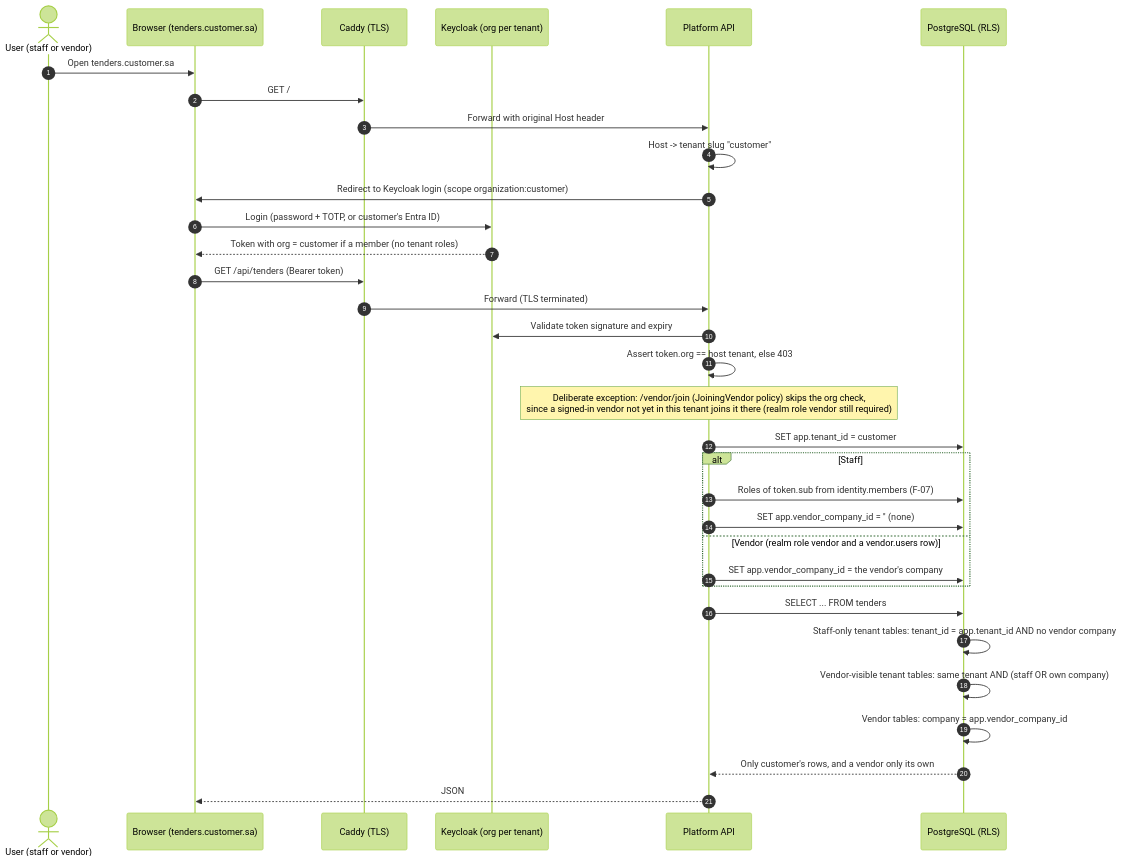
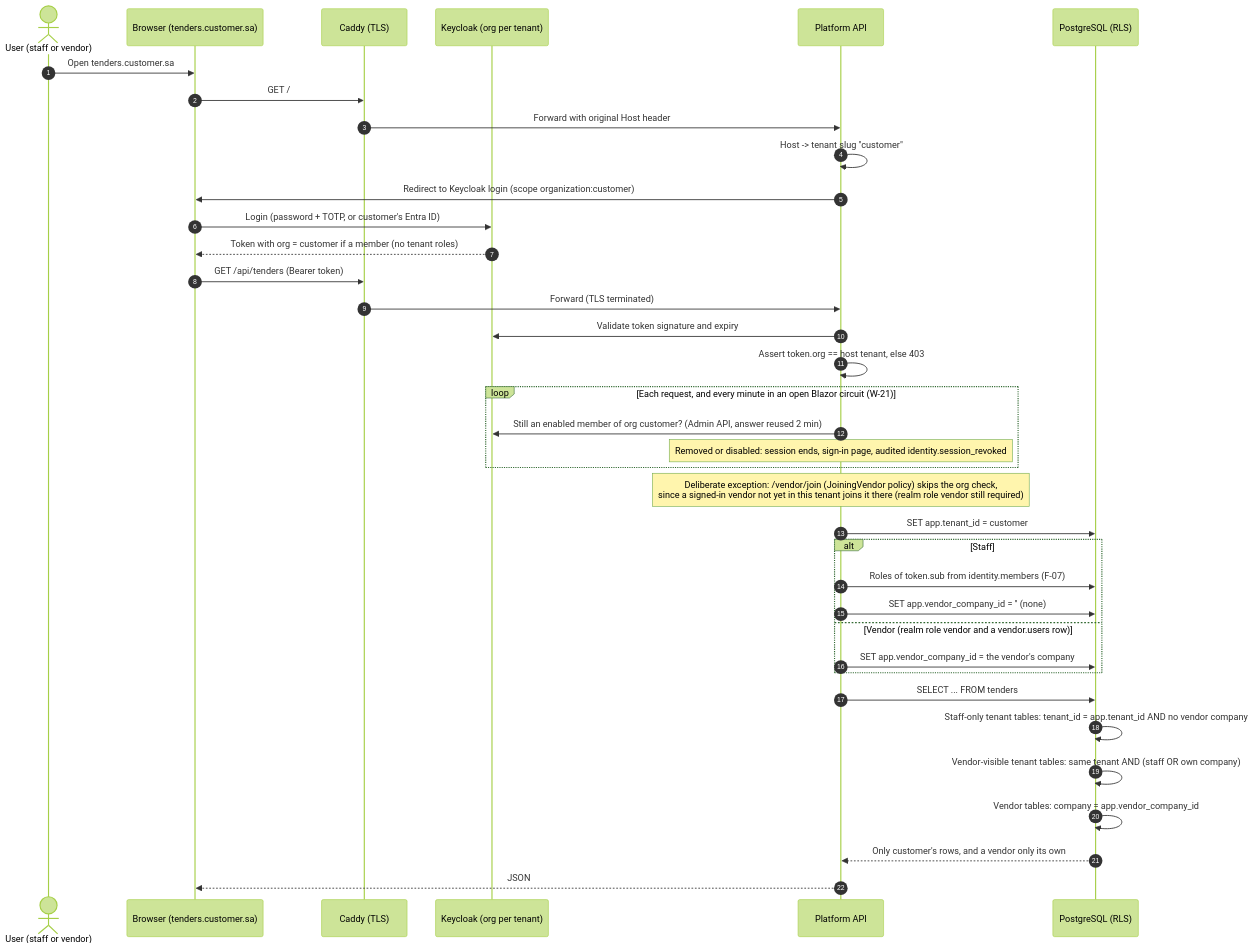
One commit to AhmedAssaf/ERP changed the fifth of 13 diagrams in docs/03-diagrams.md. Above: the diagram before and after it, drawn with Mermaid (forest theme). The commit also changed 1 other file, not shown here.

Commit message:
docs/09, docs/03: W-21 in review; membership revalidation in the tenant isolation diagram

````diff
--- a/docs/03-diagrams.md
+++ b/docs/03-diagrams.md
@@ -167,36 +167,40 @@
 ```mermaid
 sequenceDiagram
     autonumber
     actor U as User (staff or vendor)
     participant B as Browser (tenders.customer.sa)
     participant GW as Caddy (TLS)
     participant KC as Keycloak (org per tenant)
     participant API as Platform API
     participant DB as PostgreSQL (RLS)
 
     U->>B: Open tenders.customer.sa
     B->>GW: GET /
     GW->>API: Forward with original Host header
     API->>API: Host -> tenant slug "customer"
     API->>B: Redirect to Keycloak login (scope organization:customer)
     B->>KC: Login (password + TOTP, or customer's Entra ID)
     KC-->>B: Token with org = customer if a member (no tenant roles)
     B->>GW: GET /api/tenders (Bearer token)
     GW->>API: Forward (TLS terminated)
     API->>KC: Validate token signature and expiry
     API->>API: Assert token.org == host tenant, else 403
+    loop Each request, and every minute in an open Blazor circuit (W-21)
+        API->>KC: Still an enabled member of org customer? (Admin API, answer reused 2 min)
+        Note over API: Removed or disabled: session ends, sign-in page, audited identity.session_revoked
+    end
     Note over API: Deliberate exception: /vendor/join (JoiningVendor policy) skips the org check,<br/>since a signed-in vendor not yet in this tenant joins it there (realm role vendor still required)
     API->>DB: SET app.tenant_id = customer
     alt Staff
         API->>DB: Roles of token.sub from identity.members (F-07)
         API->>DB: SET app.vendor_company_id = '' (none)
     else Vendor (realm role vendor and a vendor.users row)
         API->>DB: SET app.vendor_company_id = the vendor's company
     end
     API->>DB: SELECT ... FROM tenders
     DB->>DB: Staff-only tenant tables: tenant_id = app.tenant_id AND no vendor company
     DB->>DB: Vendor-visible tenant tables: same tenant AND (staff OR own company)
     DB->>DB: Vendor tables: company = app.vendor_company_id
     DB-->>API: Only customer's rows, and a vendor only its own
     API-->>B: JSON
 ```
````
